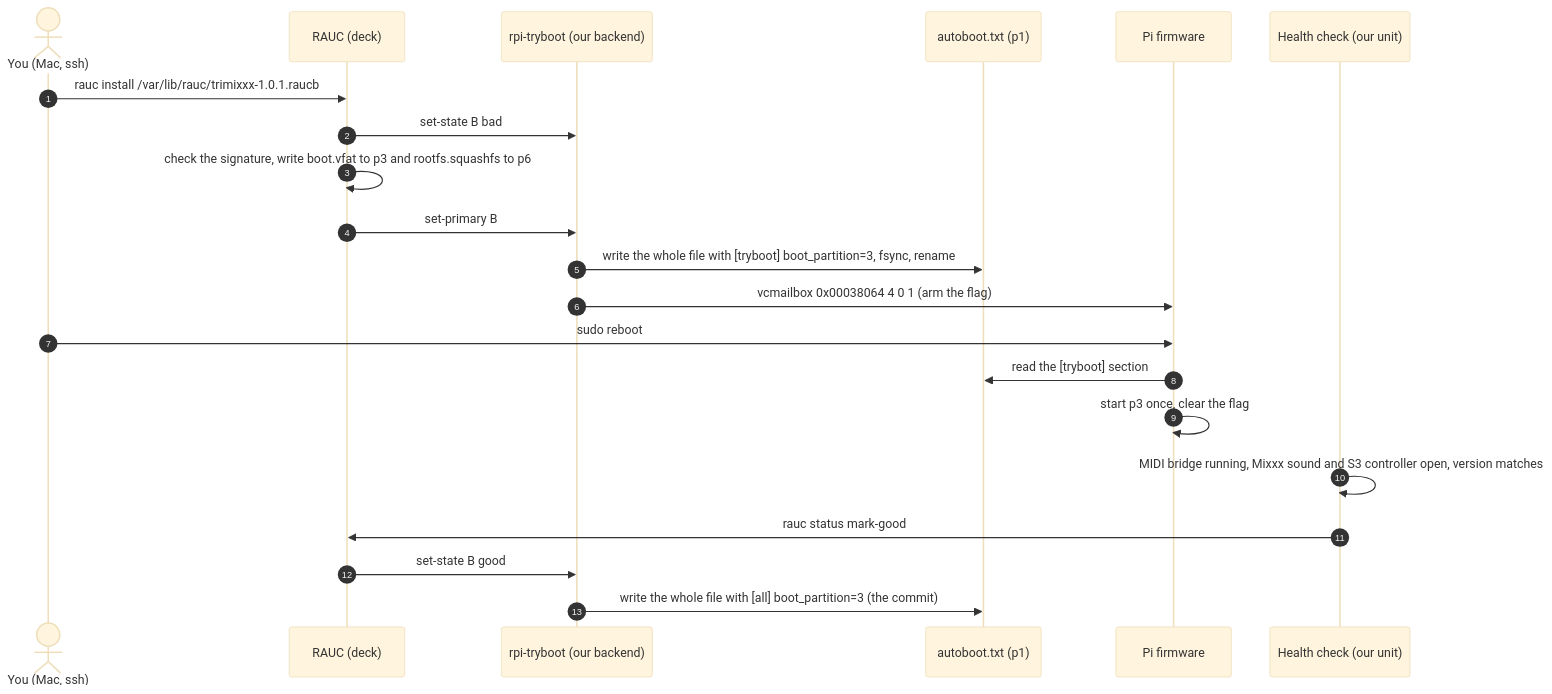
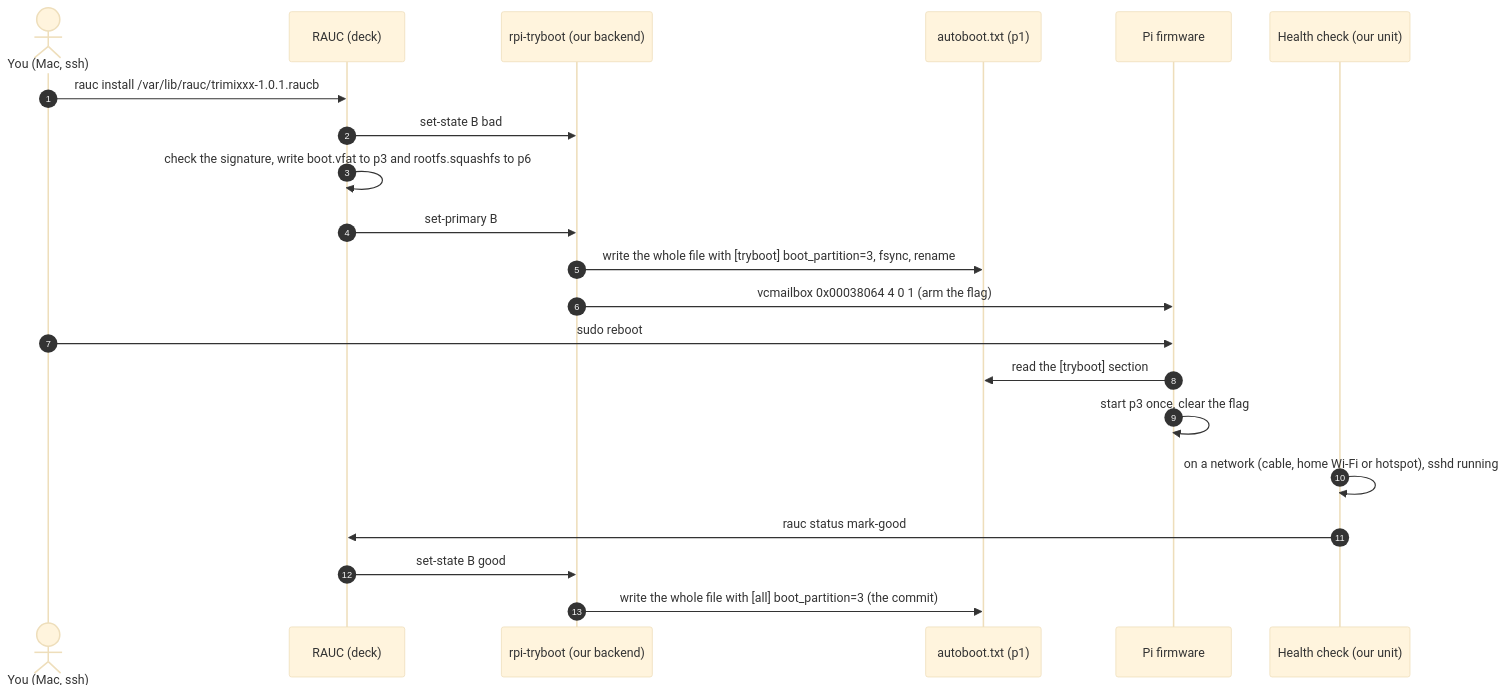
Before and after one commit to usr-ein/TriMixxx: the fourth of 6 diagrams in pi-qemu/rauc-pi-4-report.md, drawn with Mermaid (base theme). The commit also changed other lines of this file and 7 other files, not shown here.

````diff
--- a/pi-qemu/rauc-pi-4-report.md
+++ b/pi-qemu/rauc-pi-4-report.md
@@ -185,23 +186,23 @@
 ```mermaid
 sequenceDiagram
   autonumber
   actor You as You (Mac, ssh)
   participant RAUC as RAUC (deck)
   participant BE as rpi-tryboot (our backend)
   participant AB as autoboot.txt (p1)
   participant FW as Pi firmware
   participant HC as Health check (our unit)
   You->>RAUC: rauc install /var/lib/rauc/trimixxx-1.0.1.raucb
   RAUC->>BE: set-state B bad
   RAUC->>RAUC: check the signature, write boot.vfat to p3 and rootfs.squashfs to p6
   RAUC->>BE: set-primary B
   BE->>AB: write the whole file with [tryboot] boot_partition=3, fsync, rename
   BE->>FW: vcmailbox 0x00038064 4 0 1 (arm the flag)
   You->>FW: sudo reboot
   FW->>AB: read the [tryboot] section
   FW->>FW: start p3 once, clear the flag
-  HC->>HC: MIDI bridge running, Mixxx sound and S3 controller open, version matches
+  HC->>HC: on a network (cable, home Wi-Fi or hotspot), sshd running
   HC->>RAUC: rauc status mark-good
   RAUC->>BE: set-state B good
   BE->>AB: write the whole file with [all] boot_partition=3 (the commit)
 ```
````
